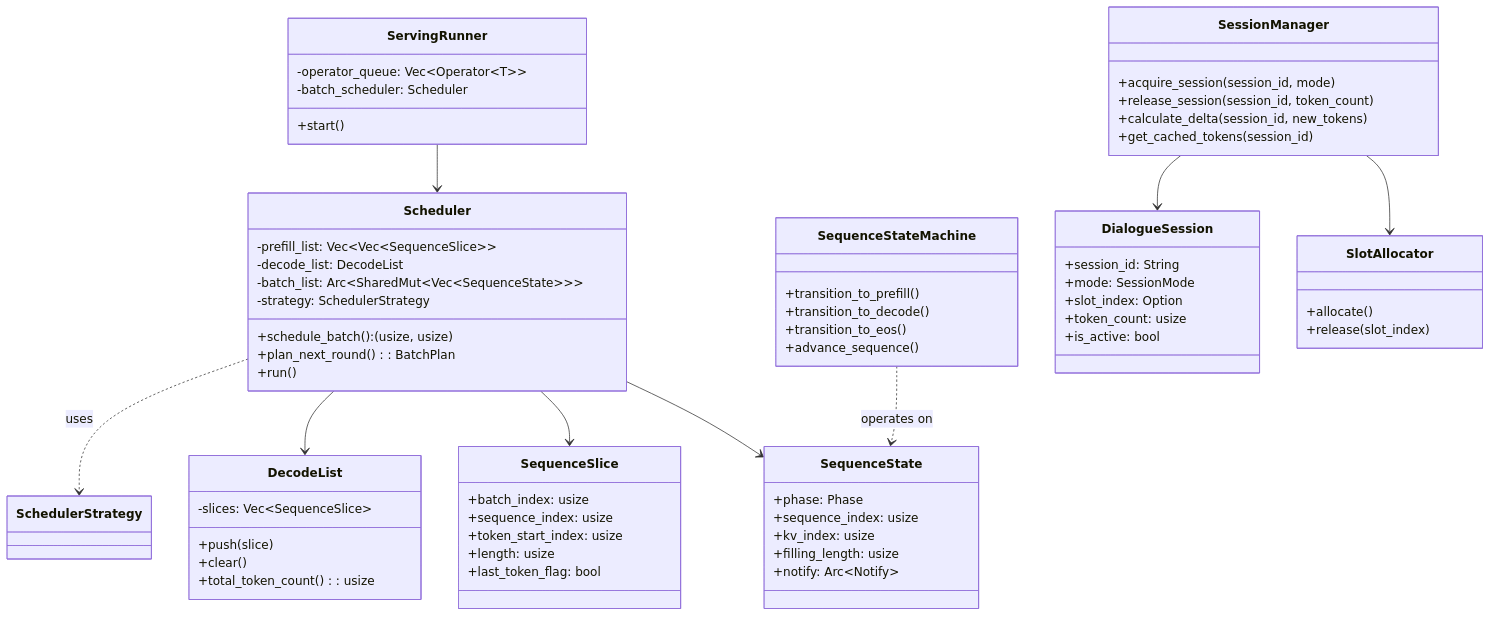
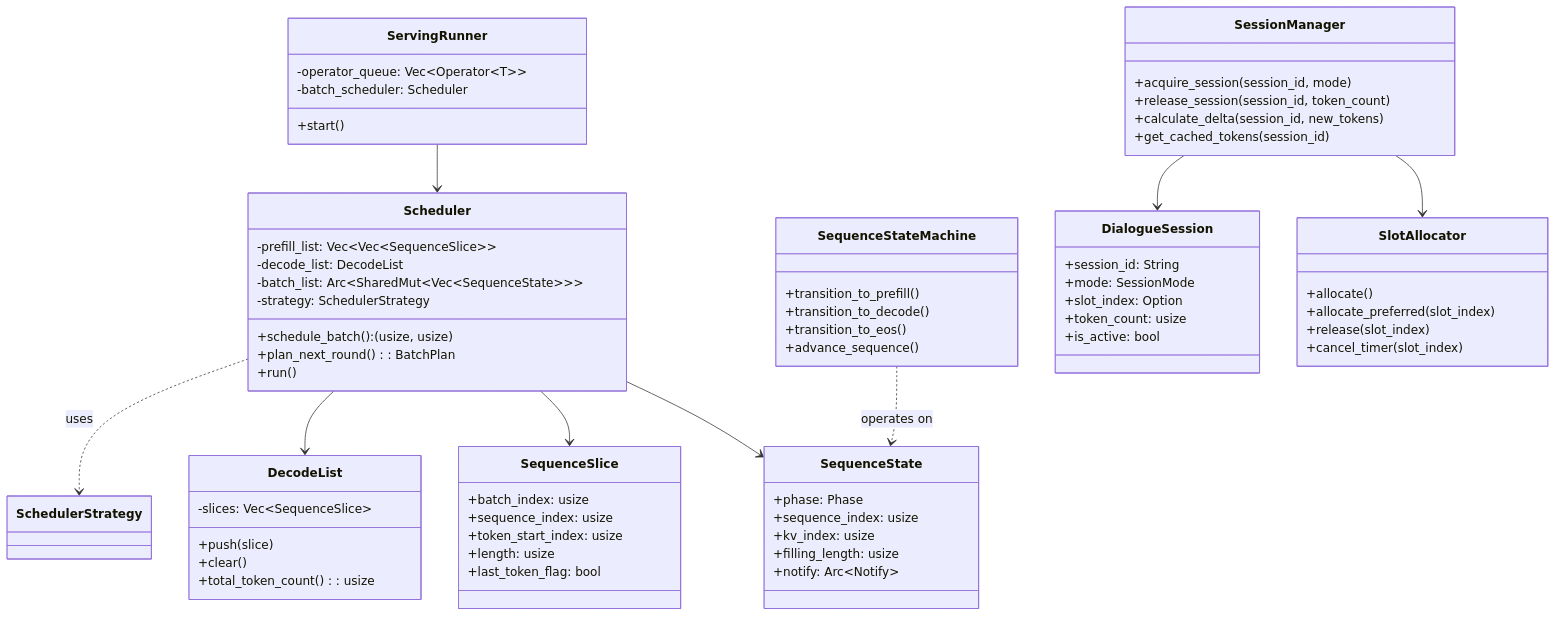
Before and after one commit to lucienhuangfu/eLLM: the second of 4 diagrams in docs/design/runtime/overview.md, drawn with Mermaid. The commit also changed other lines of this file and 11 other files, not shown here.

First line of the commit message:
Add delayed slot recycling and preferred reuse

````diff
--- a/docs/design/runtime/overview.md
+++ b/docs/design/runtime/overview.md
@@ -71,77 +71,79 @@
 ```mermaid
 classDiagram
     class Scheduler {
         -prefill_list: Vec~Vec~SequenceSlice~~
         -decode_list: DecodeList
         -batch_list: Arc~SharedMut~Vec~SequenceState~~~
         -strategy: SchedulerStrategy
         +schedule_batch(): (usize, usize)
         +plan_next_round(): BatchPlan
         +run()
     }
 
     class ServingRunner {
         -operator_queue: Vec~Operator~T~~
         -batch_scheduler: Scheduler
         +start()
     }
 
     class SequenceState {
         +phase: Phase
         +sequence_index: usize
         +kv_index: usize
         +filling_length: usize
         +notify: Arc~Notify~
     }
 
     class SequenceSlice {
         +batch_index: usize
         +sequence_index: usize
         +token_start_index: usize
         +length: usize
         +last_token_flag: bool
     }
 
     class DecodeList {
         -slices: Vec~SequenceSlice~
         +push(slice)
         +clear()
         +total_token_count(): usize
     }
 
     class SequenceStateMachine {
         +transition_to_prefill()
         +transition_to_decode()
         +transition_to_eos()
         +advance_sequence()
     }
 
     class SessionManager {
         +acquire_session(session_id, mode)
         +release_session(session_id, token_count)
         +calculate_delta(session_id, new_tokens)
         +get_cached_tokens(session_id)
     }
 
     class SlotAllocator {
         +allocate()
+        +allocate_preferred(slot_index)
         +release(slot_index)
+        +cancel_timer(slot_index)
     }
 
     class DialogueSession {
         +session_id: String
         +mode: SessionMode
         +slot_index: Option<usize>
         +token_count: usize
         +is_active: bool
     }
 
     Scheduler --> SequenceState
     Scheduler --> SequenceSlice
     Scheduler --> DecodeList
     Scheduler ..> SchedulerStrategy : uses
     ServingRunner --> Scheduler
     SequenceStateMachine ..> SequenceState : operates on
     SessionManager --> SlotAllocator
     SessionManager --> DialogueSession
 ```
````
